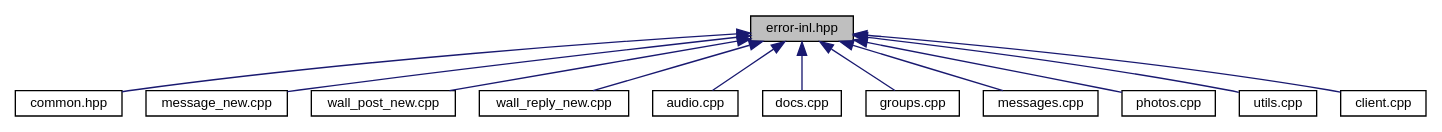
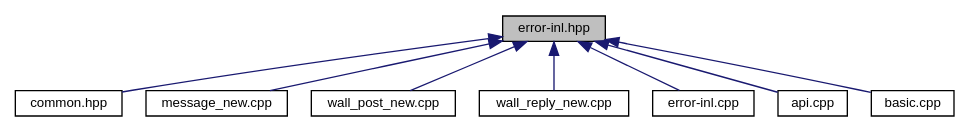
Before and after one commit to edgjj/cpp_vk_lib: the diagram in docs/error-inl_8hpp__dep__incl.dot, drawn with Graphviz. The commit also changed 620 other files, not shown here.

```diff
--- a/docs/error-inl_8hpp__dep__incl.dot
+++ b/docs/error-inl_8hpp__dep__incl.dot
@@ -1,29 +1,21 @@
 digraph "error-inl.hpp"
 {
  // LATEX_PDF_SIZE
   edge [fontname="Helvetica",fontsize="10",labelfontname="Helvetica",labelfontsize="10"];
   node [fontname="Helvetica",fontsize="10",shape=record];
   Node1 [label="error-inl.hpp",height=0.2,width=0.4,color="black", fillcolor="grey75", style="filled", fontcolor="black",tooltip=" "];
   Node1 -> Node2 [dir="back",color="midnightblue",fontsize="10",style="solid",fontname="Helvetica"];
   Node2 [label="common.hpp",height=0.2,width=0.4,color="black", fillcolor="white", style="filled",URL="$common_8hpp.html",tooltip=" "];
   Node1 -> Node3 [dir="back",color="midnightblue",fontsize="10",style="solid",fontname="Helvetica"];
   Node3 [label="message_new.cpp",height=0.2,width=0.4,color="black", fillcolor="white", style="filled",URL="$message__new_8cpp.html",tooltip=" "];
   Node1 -> Node4 [dir="back",color="midnightblue",fontsize="10",style="solid",fontname="Helvetica"];
   Node4 [label="wall_post_new.cpp",height=0.2,width=0.4,color="black", fillcolor="white", style="filled",URL="$wall__post__new_8cpp.html",tooltip=" "];
   Node1 -> Node5 [dir="back",color="midnightblue",fontsize="10",style="solid",fontname="Helvetica"];
   Node5 [label="wall_reply_new.cpp",height=0.2,width=0.4,color="black", fillcolor="white", style="filled",URL="$wall__reply__new_8cpp.html",tooltip=" "];
   Node1 -> Node6 [dir="back",color="midnightblue",fontsize="10",style="solid",fontname="Helvetica"];
-  Node6 [label="audio.cpp",height=0.2,width=0.4,color="black", fillcolor="white", style="filled",URL="$audio_8cpp.html",tooltip=" "];
+  Node6 [label="error-inl.cpp",height=0.2,width=0.4,color="black", fillcolor="white", style="filled",URL="$error-inl_8cpp.html",tooltip=" "];
   Node1 -> Node7 [dir="back",color="midnightblue",fontsize="10",style="solid",fontname="Helvetica"];
-  Node7 [label="docs.cpp",height=0.2,width=0.4,color="black", fillcolor="white", style="filled",URL="$docs_8cpp.html",tooltip=" "];
+  Node7 [label="api.cpp",height=0.2,width=0.4,color="black", fillcolor="white", style="filled",URL="$api_8cpp.html",tooltip=" "];
   Node1 -> Node8 [dir="back",color="midnightblue",fontsize="10",style="solid",fontname="Helvetica"];
-  Node8 [label="groups.cpp",height=0.2,width=0.4,color="black", fillcolor="white", style="filled",URL="$groups_8cpp.html",tooltip=" "];
-  Node1 -> Node9 [dir="back",color="midnightblue",fontsize="10",style="solid",fontname="Helvetica"];
-  Node9 [label="messages.cpp",height=0.2,width=0.4,color="black", fillcolor="white", style="filled",URL="$messages_8cpp.html",tooltip=" "];
-  Node1 -> Node10 [dir="back",color="midnightblue",fontsize="10",style="solid",fontname="Helvetica"];
-  Node10 [label="photos.cpp",height=0.2,width=0.4,color="black", fillcolor="white", style="filled",URL="$photos_8cpp.html",tooltip=" "];
-  Node1 -> Node11 [dir="back",color="midnightblue",fontsize="10",style="solid",fontname="Helvetica"];
-  Node11 [label="utils.cpp",height=0.2,width=0.4,color="black", fillcolor="white", style="filled",URL="$utils_8cpp.html",tooltip=" "];
-  Node1 -> Node12 [dir="back",color="midnightblue",fontsize="10",style="solid",fontname="Helvetica"];
-  Node12 [label="client.cpp",height=0.2,width=0.4,color="black", fillcolor="white", style="filled",URL="$client_8cpp.html",tooltip=" "];
+  Node8 [label="basic.cpp",height=0.2,width=0.4,color="black", fillcolor="white", style="filled",URL="$basic_8cpp.html",tooltip=" "];
 }
```
